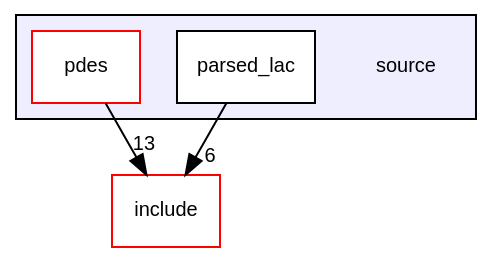
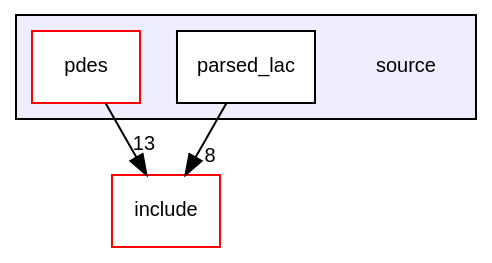
One commit to luca-heltai/fsi-suite changed the diagram in dir_b2f33c71d4aa5e7af42a1ca61ff5af1b_dep.dot. Above: the diagram before and after it, drawn with Graphviz. The commit also changed 691 other files, not shown here.

```diff
--- a/dir_b2f33c71d4aa5e7af42a1ca61ff5af1b_dep.dot
+++ b/dir_b2f33c71d4aa5e7af42a1ca61ff5af1b_dep.dot
@@ -1,15 +1,15 @@
 digraph "source" {
   bgcolor=transparent;
   compound=true
   node [ fontsize="10", fontname="Helvetica"];
   edge [ labelfontsize="10", labelfontname="Helvetica"];
   subgraph clusterdir_b2f33c71d4aa5e7af42a1ca61ff5af1b {
     graph [ bgcolor="#eeeeff", pencolor="black", label="" URL="dir_b2f33c71d4aa5e7af42a1ca61ff5af1b.html"];
     dir_b2f33c71d4aa5e7af42a1ca61ff5af1b [shape=plaintext label="source"];
     dir_391f36ef54c6909ec58be9eca8862451 [shape=box label="parsed_lac" color="black" fillcolor="white" style="filled" URL="dir_391f36ef54c6909ec58be9eca8862451.html"];
     dir_863924b7d266e6f7561da03323982265 [shape=box label="pdes" color="red" fillcolor="white" style="filled" URL="dir_863924b7d266e6f7561da03323982265.html"];
   }
   dir_d44c64559bbebec7f509842c48db8b23 [shape=box label="include" color="red" URL="dir_d44c64559bbebec7f509842c48db8b23.html"];
   dir_863924b7d266e6f7561da03323982265->dir_d44c64559bbebec7f509842c48db8b23 [headlabel="13", labeldistance=1.5 headhref="dir_000010_000002.html"];
-  dir_391f36ef54c6909ec58be9eca8862451->dir_d44c64559bbebec7f509842c48db8b23 [headlabel="6", labeldistance=1.5 headhref="dir_000009_000002.html"];
+  dir_391f36ef54c6909ec58be9eca8862451->dir_d44c64559bbebec7f509842c48db8b23 [headlabel="8", labeldistance=1.5 headhref="dir_000009_000002.html"];
 }
```
